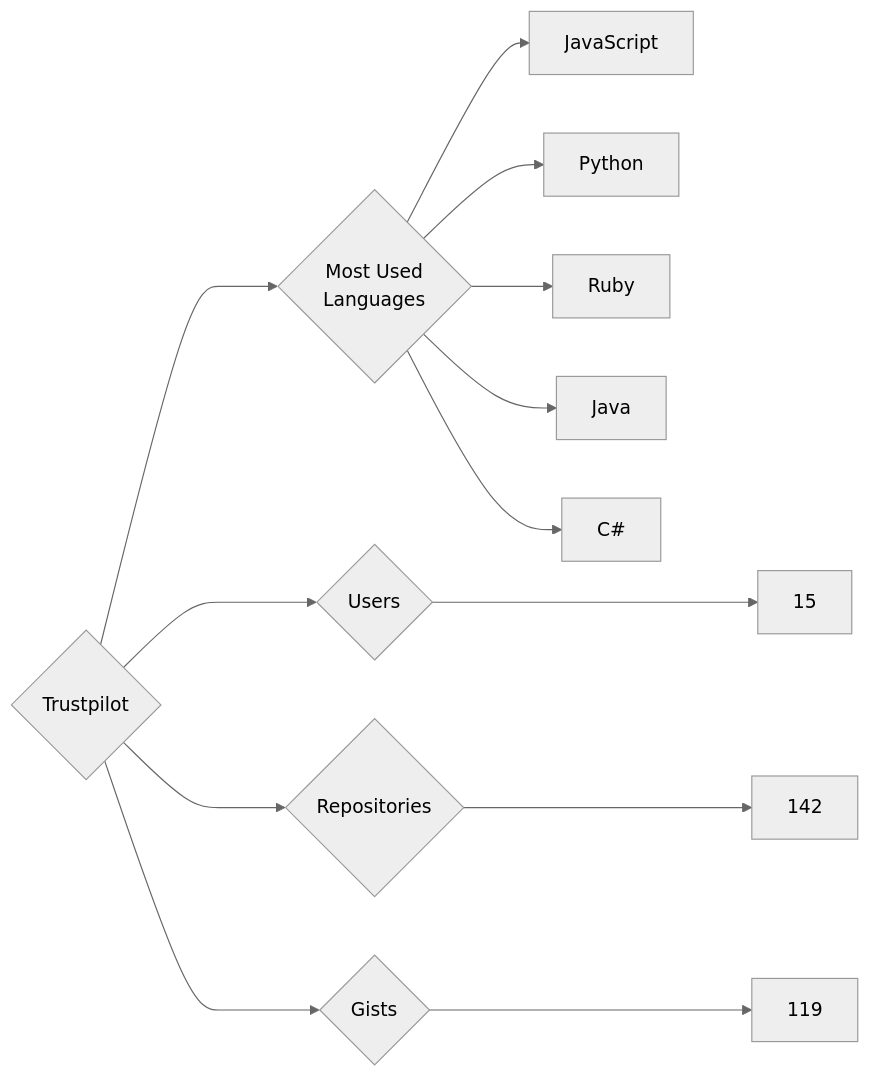
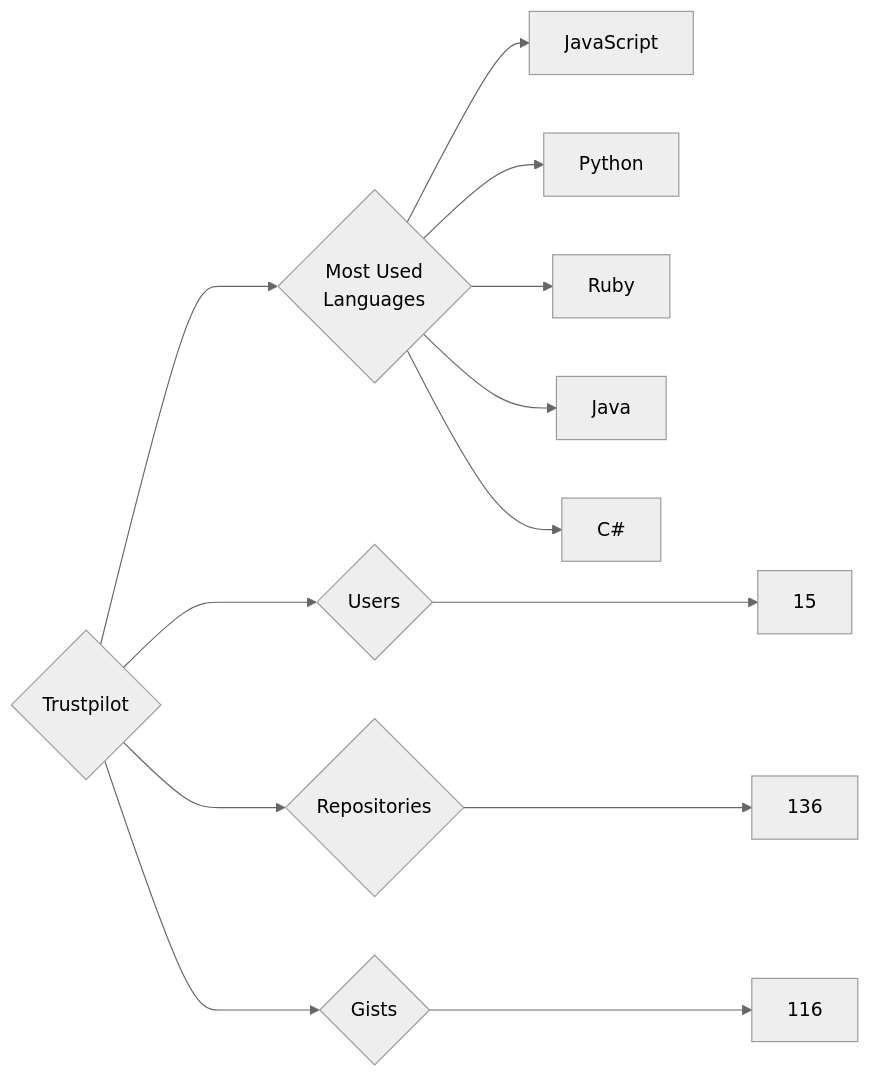
Before and after one commit to trickest/insiders: the diagram in targets/Trustpilot/README.md, drawn with Mermaid (neutral theme). The commit also changed 787 other files, not shown here.

````diff
--- a/targets/Trustpilot/README.md
+++ b/targets/Trustpilot/README.md
@@ -3,13 +3,13 @@
 ```mermaid
 graph LR
 COMPANY_NAME{Trustpilot}
 COMPANY_NAME ---> U{Users} ---> UN[15]
-COMPANY_NAME ---> R{Repositories} ---> RN[142]
-COMPANY_NAME ---> G{Gists} ---> GN[119]
+COMPANY_NAME ---> R{Repositories} ---> RN[136]
+COMPANY_NAME ---> G{Gists} ---> GN[116]
 COMPANY_NAME ---> ML{Most Used<br>Languages}
 ML --> JavaScript[JavaScript]
 ML --> Python[Python]
 ML --> Ruby[Ruby]
 ML --> Java[Java]
 ML --> C#[C#]
 ```
````
